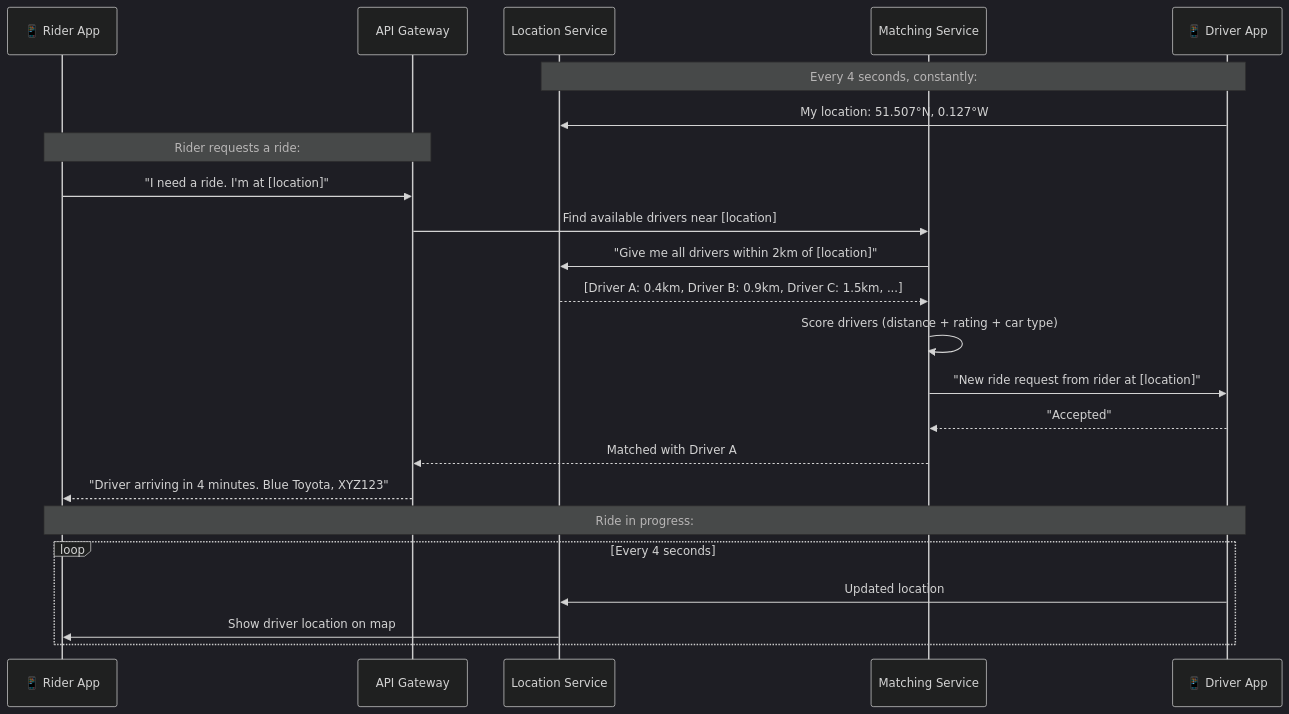
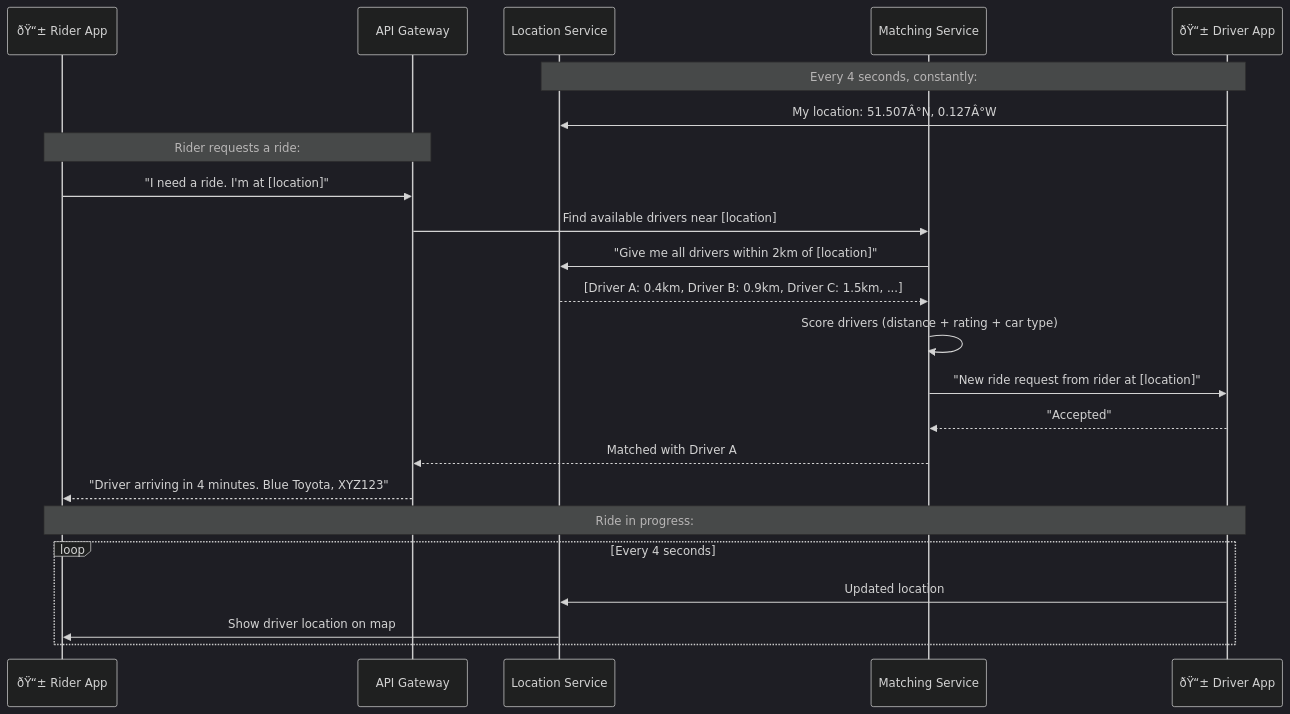
One commit to vishalsehgalvs/High_Level_Design changed diagram 14 of 29 in README.md. Above: the diagram before and after it, drawn with Mermaid (dark theme). The commit also changed other lines of this file, not shown here.

````diff
--- a/README.md
+++ b/README.md
@@ -1635,28 +1638,28 @@
 ```mermaid
 sequenceDiagram
-    participant R as 📱 Rider App
+    participant R as ðŸ“± Rider App
     participant GW as API Gateway
     participant LS as Location Service
     participant MS as Matching Service
-    participant DA as 📱 Driver App
+    participant DA as ðŸ“± Driver App
 
     Note over DA,LS: Every 4 seconds, constantly:
-    DA->>LS: My location: 51.507°N, 0.127°W
+    DA->>LS: My location: 51.507Â°N, 0.127Â°W
 
     Note over R,GW: Rider requests a ride:
     R->>GW: "I need a ride. I'm at [location]"
     GW->>MS: Find available drivers near [location]
     MS->>LS: "Give me all drivers within 2km of [location]"
     LS-->>MS: [Driver A: 0.4km, Driver B: 0.9km, Driver C: 1.5km, ...]
     MS->>MS: Score drivers (distance + rating + car type)
     MS->>DA: "New ride request from rider at [location]"
     DA-->>MS: "Accepted"
     MS-->>GW: Matched with Driver A
     GW-->>R: "Driver arriving in 4 minutes. Blue Toyota, XYZ123"
 
     Note over R,DA: Ride in progress:
     loop Every 4 seconds
         DA->>LS: Updated location
         LS->>R: Show driver location on map
     end
 ```
````
